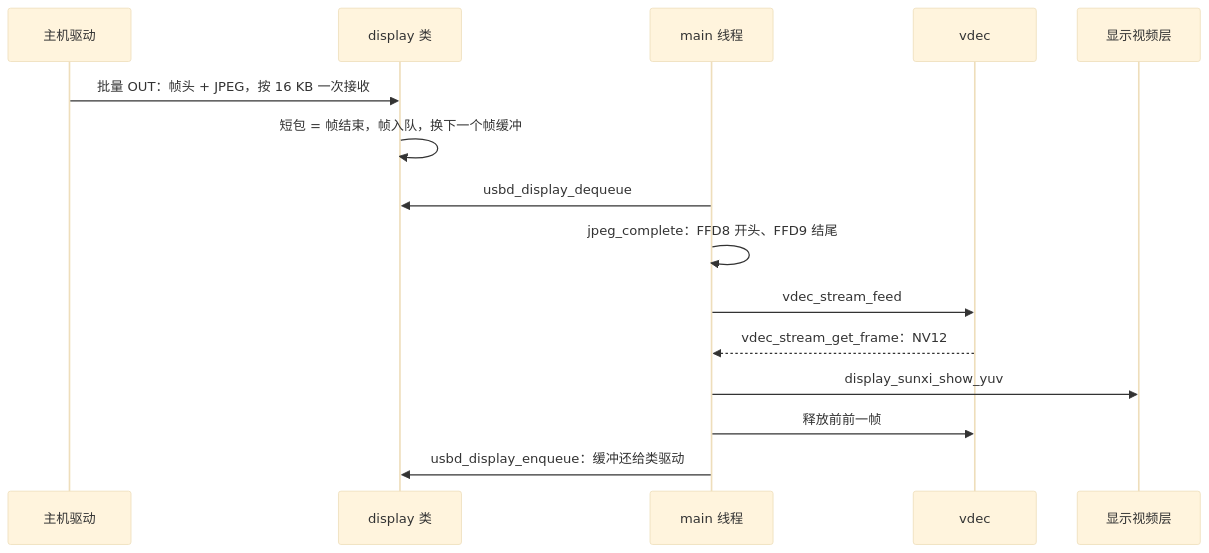
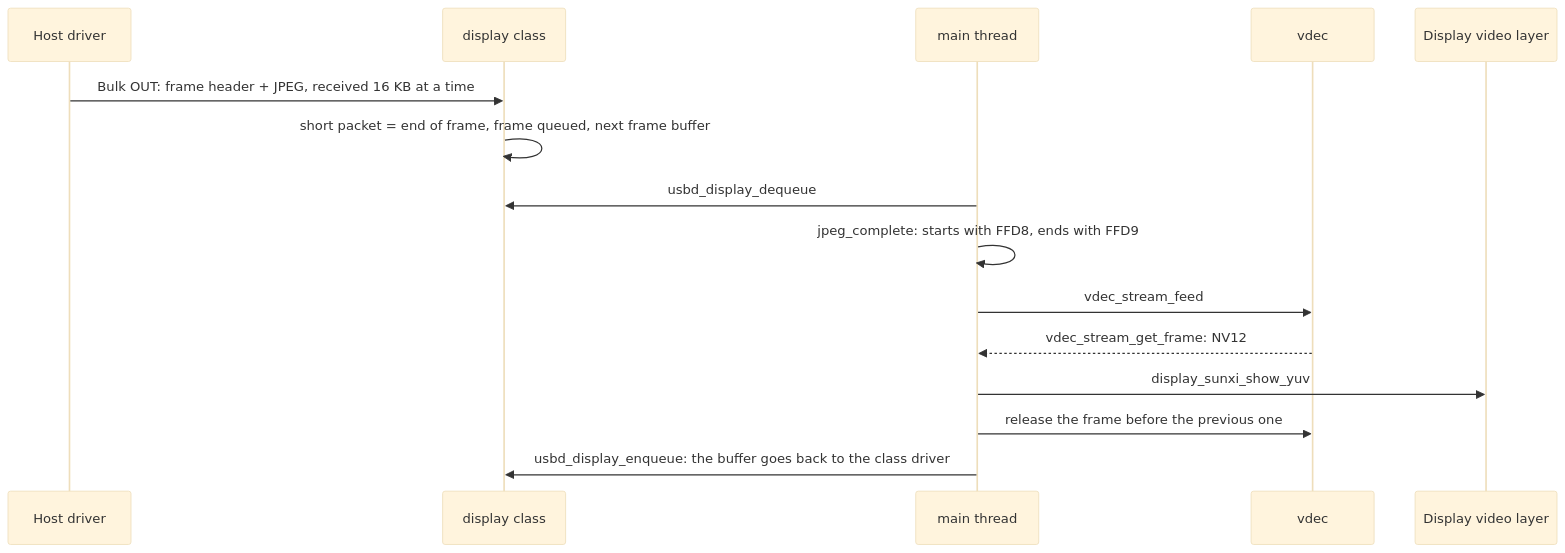
Before and after one commit to YuzukiHD/YuzukiNeko: the second of 2 diagrams in docs/src/content/docs/dev/zephyr/apps/usb-display.md, drawn with Mermaid (base theme). The commit also changed other lines of this file and 216 other files, not shown here.

````diff
--- a/docs/src/content/docs/dev/zephyr/apps/usb-display.md
+++ b/docs/src/content/docs/dev/zephyr/apps/usb-display.md
@@ -241,17 +241,17 @@
 ```mermaid
 sequenceDiagram
-    participant H as 主机驱动
-    participant U as display 类
-    participant M as main 线程
+    participant H as Host driver
+    participant U as display class
+    participant M as main thread
     participant V as vdec
-    participant D as 显示视频层
-    H->>U: 批量 OUT：帧头 + JPEG，按 16 KB 一次接收
-    U->>U: 短包 = 帧结束，帧入队，换下一个帧缓冲
+    participant D as Display video layer
+    H->>U: Bulk OUT: frame header + JPEG, received 16 KB at a time
+    U->>U: short packet = end of frame, frame queued, next frame buffer
     M->>U: usbd_display_dequeue
-    M->>M: jpeg_complete：FFD8 开头、FFD9 结尾
+    M->>M: jpeg_complete: starts with FFD8, ends with FFD9
     M->>V: vdec_stream_feed
-    V-->>M: vdec_stream_get_frame：NV12
+    V-->>M: vdec_stream_get_frame: NV12
     M->>D: display_sunxi_show_yuv
-    M->>V: 释放前前一帧
-    M->>U: usbd_display_enqueue：缓冲还给类驱动
+    M->>V: release the frame before the previous one
+    M->>U: usbd_display_enqueue: the buffer goes back to the class driver
 ```
````
